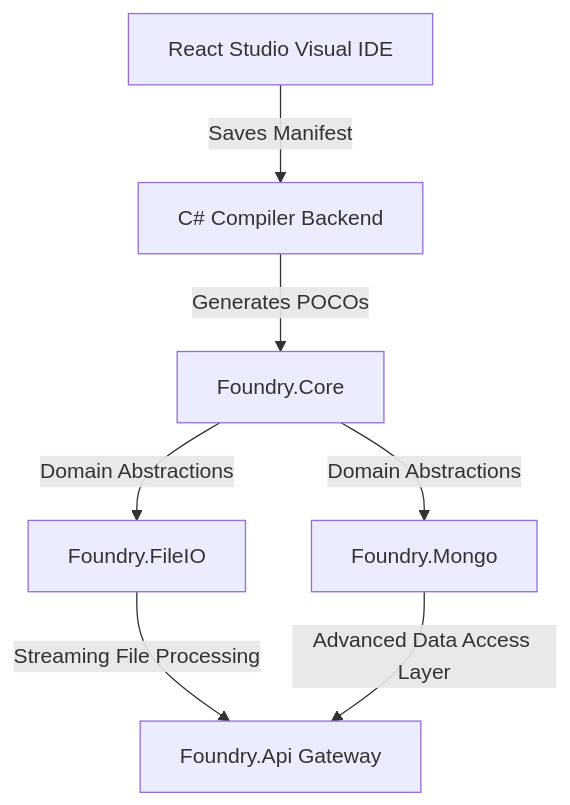
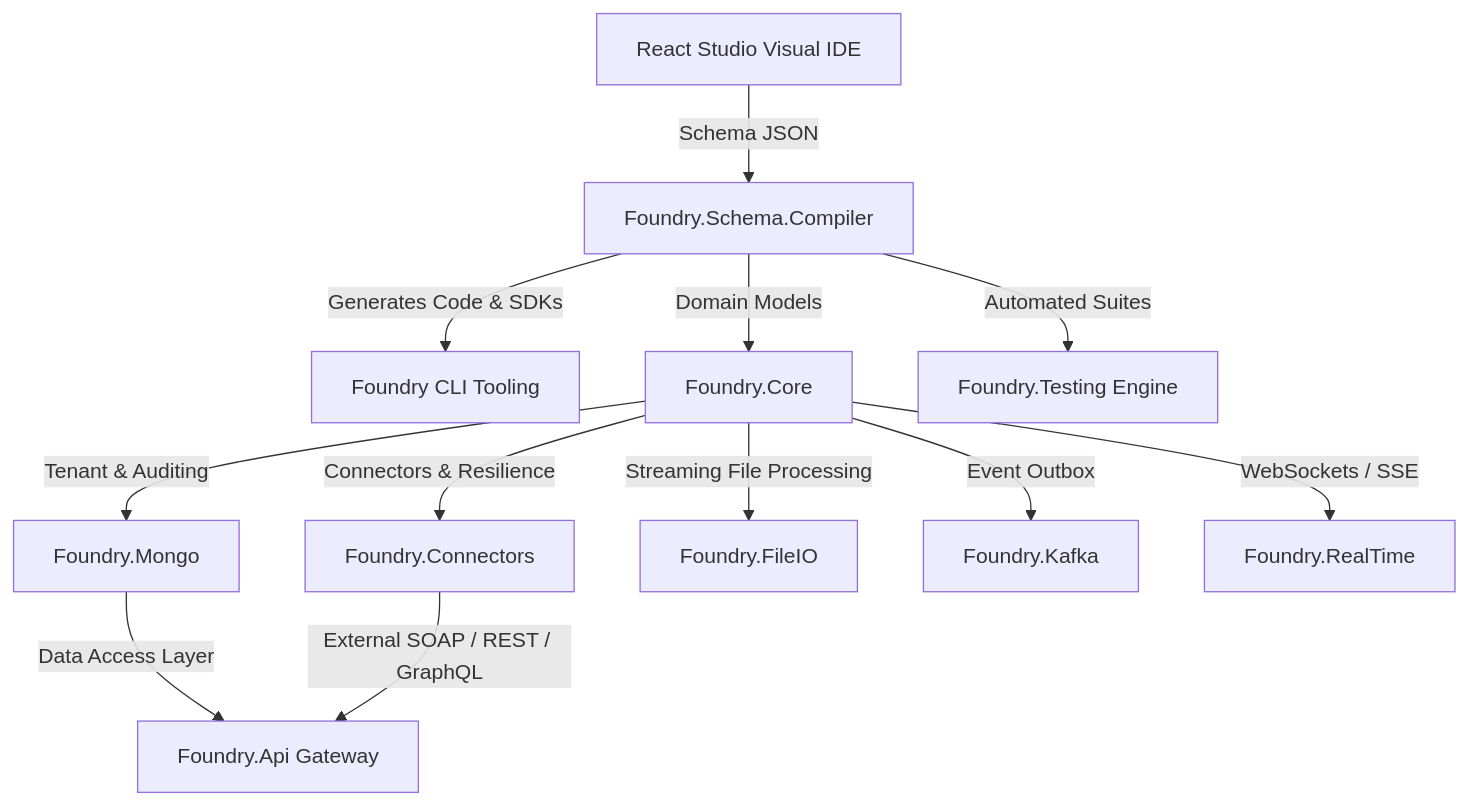
One commit to prajuaba/foundry changed the diagram in README.md. Above: the diagram before and after it, drawn with Mermaid. The commit also changed other lines of this file and 248 other files, not shown here.

````diff
--- a/README.md
+++ b/README.md
@@ -11,9 +11,14 @@
 ```mermaid
 graph TD
-    Studio[React Studio Visual IDE] -->|Saves Manifest| Backend[C# Compiler Backend]
-    Backend -->|Generates POCOs| Core[Foundry.Core]
-    Core -->|Domain Abstractions| FileIO[Foundry.FileIO]
-    Core -->|Domain Abstractions| Mongo[Foundry.Mongo]
-    FileIO -->|Streaming File Processing| Api[Foundry.Api Gateway]
-    Mongo -->|Advanced Data Access Layer| Api
+    Studio[React Studio Visual IDE] -->|Schema JSON| Compiler[Foundry.Schema.Compiler]
+    Compiler -->|Generates Code & SDKs| CLI[Foundry CLI Tooling]
+    Compiler -->|Domain Models| Core[Foundry.Core]
+    Core -->|Tenant & Auditing| Mongo[Foundry.Mongo]
+    Core -->|Connectors & Resilience| Connectors[Foundry.Connectors]
+    Core -->|Streaming File Processing| FileIO[Foundry.FileIO]
+    Core -->|Event Outbox| Kafka[Foundry.Kafka]
+    Core -->|WebSockets / SSE| RealTime[Foundry.RealTime]
+    Mongo -->|Data Access Layer| Api[Foundry.Api Gateway]
+    Connectors -->|External SOAP / REST / GraphQL| Api
+    Compiler -->|Automated Suites| Testing[Foundry.Testing Engine]
 ```
````
